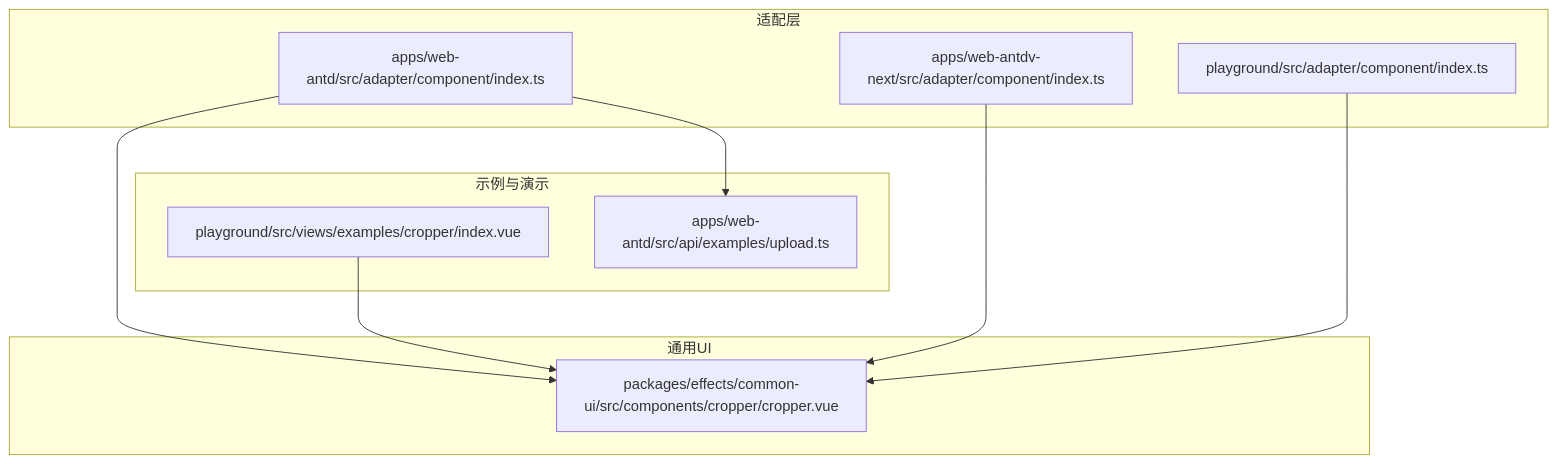
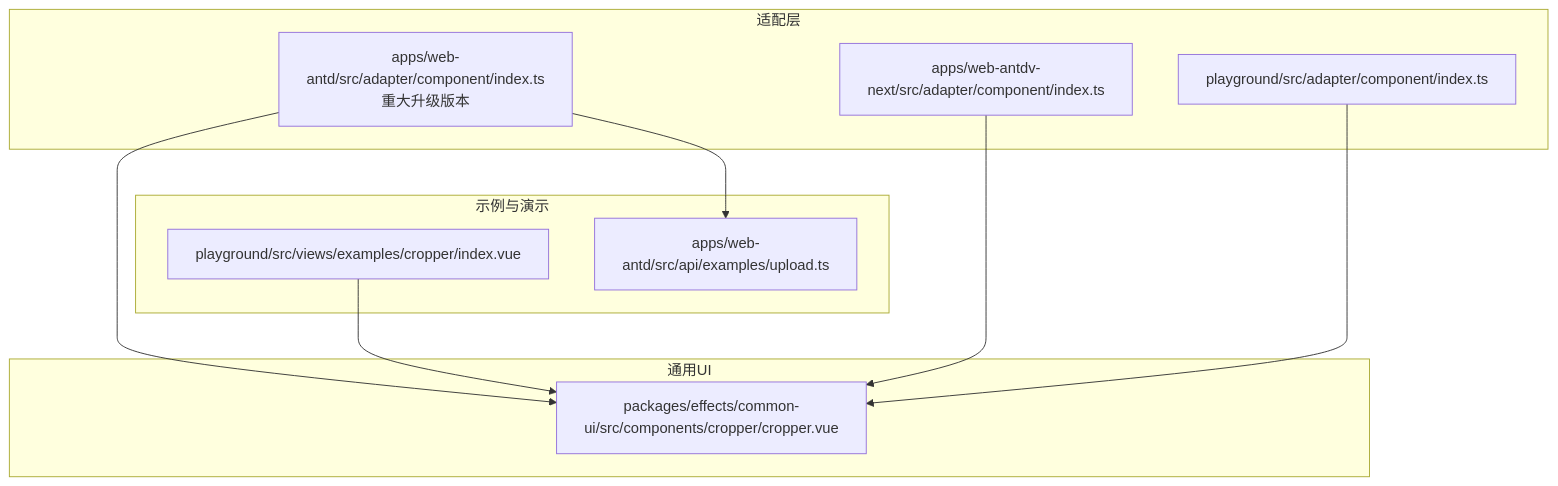
Before and after one commit to liuyinzhong/hive: the first of 8 diagrams in .qoder/repowiki/zh/content/多框架支持/组件适配机制/上传预览功能.md, drawn with Mermaid. The commit also changed other lines of this file and 8 other files, not shown here.

````diff
--- a/.qoder/repowiki/zh/content/多框架支持/组件适配机制/上传预览功能.md
+++ b/.qoder/repowiki/zh/content/多框架支持/组件适配机制/上传预览功能.md
@@ -40,20 +50,20 @@
 ```mermaid
 graph TB
 subgraph "适配层"
-A["apps/web-antd/src/adapter/component/index.ts"]
+A["apps/web-antd/src/adapter/component/index.ts<br/>重大升级版本"]
 B["apps/web-antdv-next/src/adapter/component/index.ts"]
 C["playground/src/adapter/component/index.ts"]
 end
 subgraph "通用UI"
 D["packages/effects/common-ui/src/components/cropper/cropper.vue"]
 end
 subgraph "示例与演示"
 E["playground/src/views/examples/cropper/index.vue"]
 F["apps/web-antd/src/api/examples/upload.ts"]
 end
 A --> D
 B --> D
 C --> D
 E --> D
 A --> F
 ```
````
